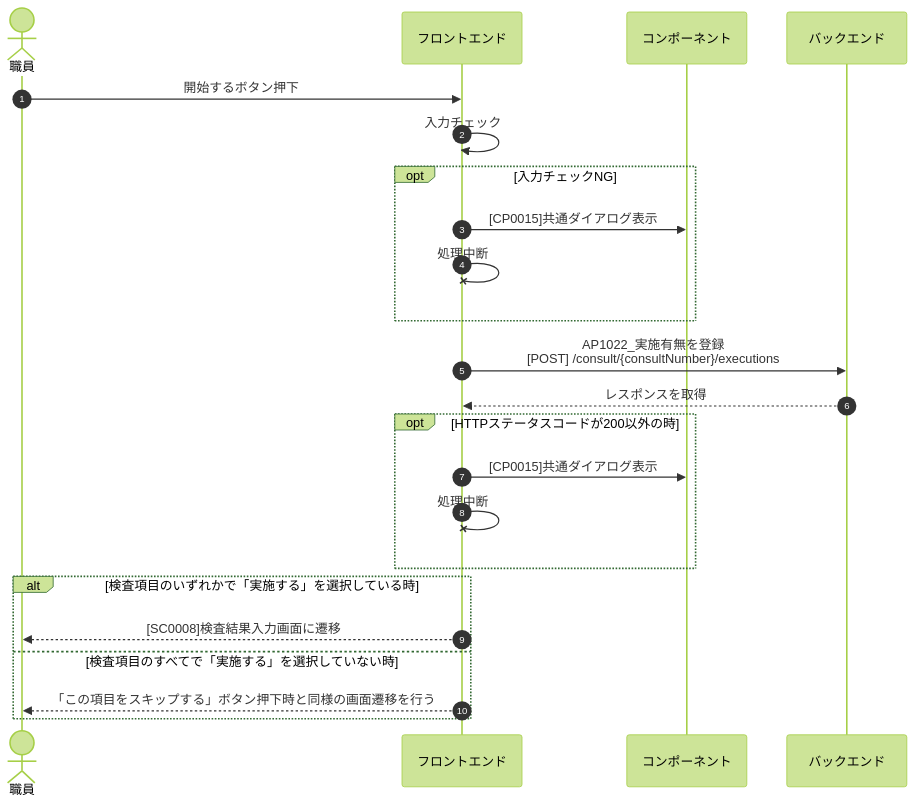
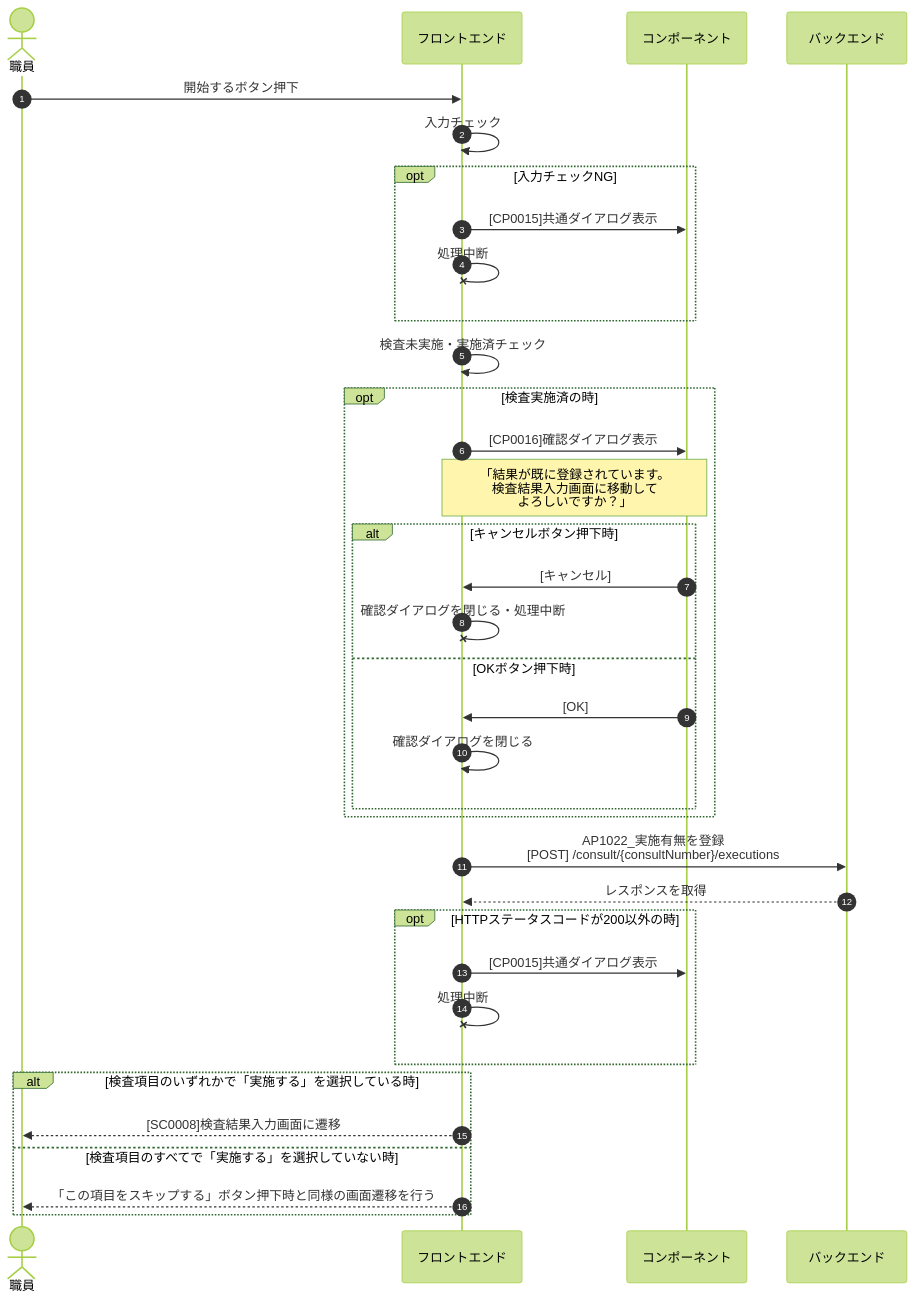
Before and after one commit to MrWangpeilin945/FlutterIOS: the diagram in Documents/UI設計書/src/docs/画面/SC0007_検査内容確認画面/SC0007-StartExamButtonPressed.mmd, drawn with Mermaid. The commit also changed 1 other file, not shown here.

```diff
--- a/Documents/UI設計書/src/docs/画面/SC0007_検査内容確認画面/SC0007-StartExamButtonPressed.mmd
+++ b/Documents/UI設計書/src/docs/画面/SC0007_検査内容確認画面/SC0007-StartExamButtonPressed.mmd
@@ -1,26 +1,38 @@
 %%{init:{'theme':'forest'}}%%
 sequenceDiagram
 autonumber
   actor st as 職員
   participant fr as フロントエンド
   participant co as コンポーネント
   participant ba as バックエンド
 
   st ->> fr: 開始するボタン押下
   fr ->> fr: 入力チェック
   opt 入力チェックNG
     fr ->> co: [CP0015]共通ダイアログ表示
     fr -x fr: 処理中断
   end
+  fr ->> fr: 検査未実施・実施済チェック
+  opt 検査実施済の時
+    fr ->> co: [CP0016]確認ダイアログ表示
+    Note over fr,co: 「結果が既に登録されています。<br>検査結果入力画面に移動して<br>よろしいですか？」
+    alt キャンセルボタン押下時
+    co ->> fr:[キャンセル]
+    fr -x fr:確認ダイアログを閉じる・処理中断
+    else OKボタン押下時
+    co ->> fr:[OK]
+    fr ->> fr:確認ダイアログを閉じる
+    end
+  end
   fr ->> ba: AP1022_実施有無を登録<br>[POST] /consult/{consultNumber}/executions
   ba -->> fr:レスポンスを取得
   opt HTTPステータスコードが200以外の時
     fr ->> co: [CP0015]共通ダイアログ表示
     fr -x fr: 処理中断
   end
 
   alt 検査項目のいずれかで「実施する」を選択している時
     fr -->> st: [SC0008]検査結果入力画面に遷移
   else 検査項目のすべてで「実施する」を選択していない時
     fr -->> st: 「この項目をスキップする」ボタン押下時と同様の画面遷移を行う
   end
```
